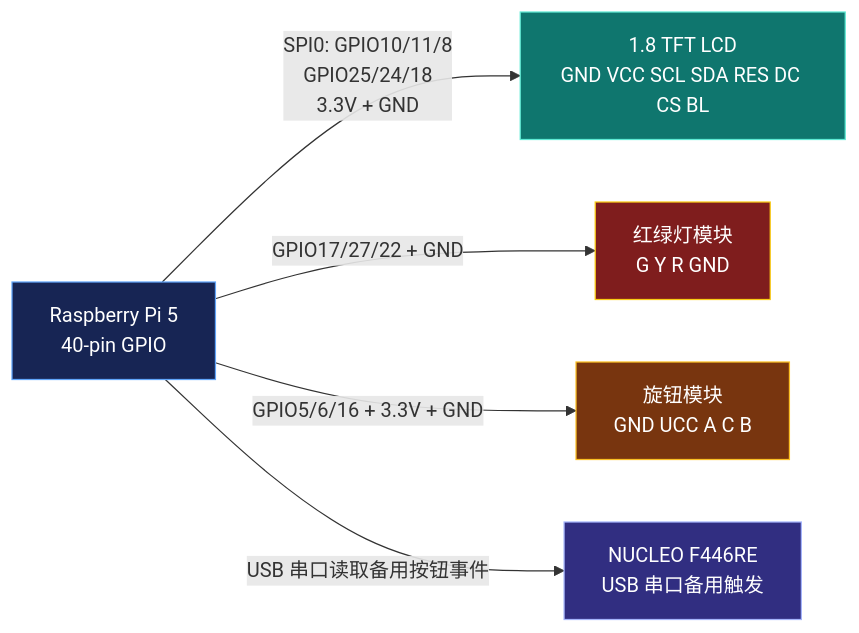
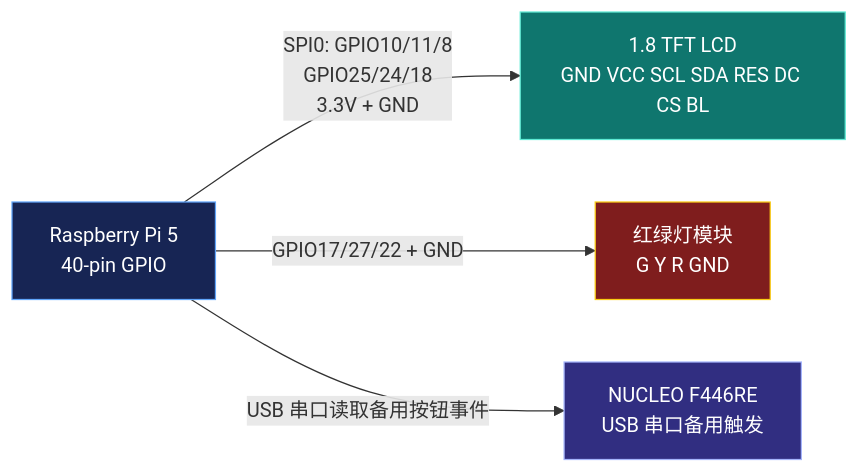
One commit to Hang-Edward/Embedded_AI changed the diagram in docs/pi-hud-wiring-guide.md. Above: the diagram before and after it, drawn with Mermaid. The commit also changed other lines of this file and 21 other files, not shown here.

````diff
--- a/docs/pi-hud-wiring-guide.md
+++ b/docs/pi-hud-wiring-guide.md
@@ -116,19 +99,16 @@
 ```mermaid
 flowchart LR
     Pi["Raspberry Pi 5<br/>40-pin GPIO"]:::pi
     LCD["1.8 TFT LCD<br/>GND VCC SCL SDA RES DC CS BL"]:::lcd
     LED["红绿灯模块<br/>G Y R GND"]:::led
-    Knob["旋钮模块<br/>GND UCC A C B"]:::knob
     Nucleo["NUCLEO F446RE<br/>USB 串口备用触发"]:::nucleo
 
     Pi -- "SPI0: GPIO10/11/8<br/>GPIO25/24/18<br/>3.3V + GND" --> LCD
     Pi -- "GPIO17/27/22 + GND" --> LED
-    Pi -- "GPIO5/6/16 + 3.3V + GND" --> Knob
     Pi -- "USB 串口读取备用按钮事件" --> Nucleo
 
     classDef pi fill:#172554,stroke:#60a5fa,color:#ffffff;
     classDef lcd fill:#0f766e,stroke:#5eead4,color:#ffffff;
     classDef led fill:#7f1d1d,stroke:#facc15,color:#ffffff;
-    classDef knob fill:#78350f,stroke:#fbbf24,color:#ffffff;
     classDef nucleo fill:#312e81,stroke:#a5b4fc,color:#ffffff;
 ```
````
